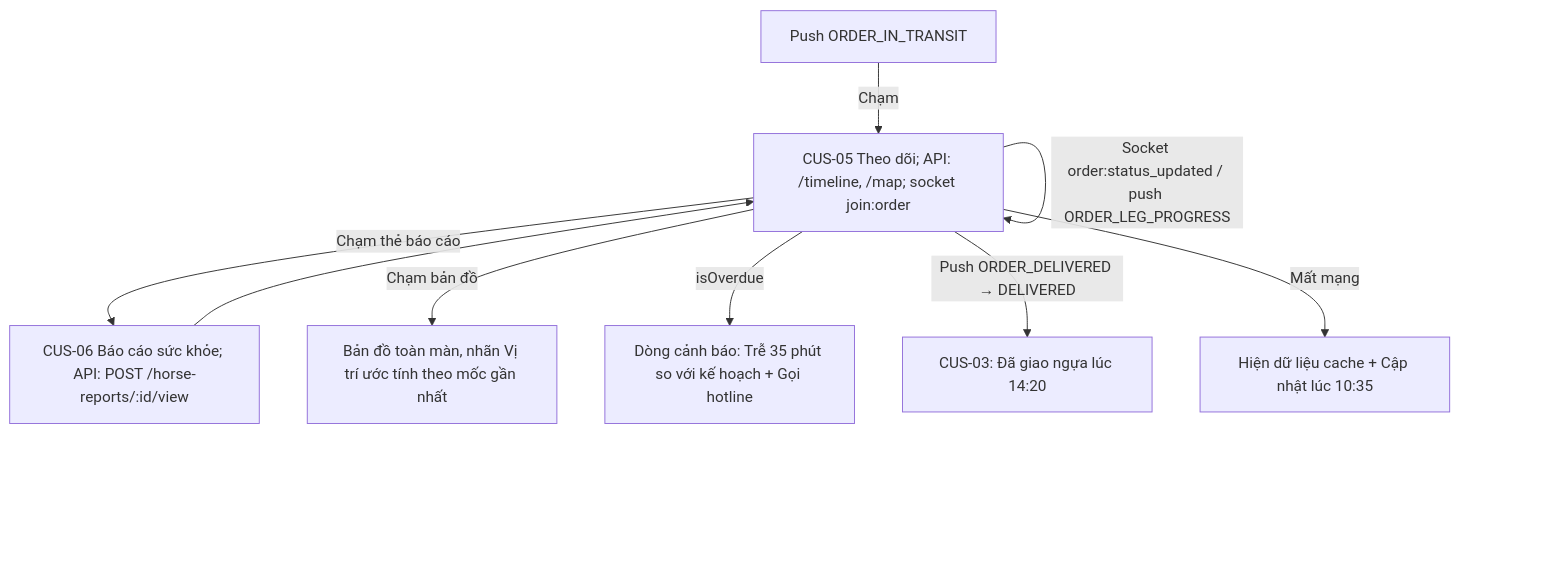
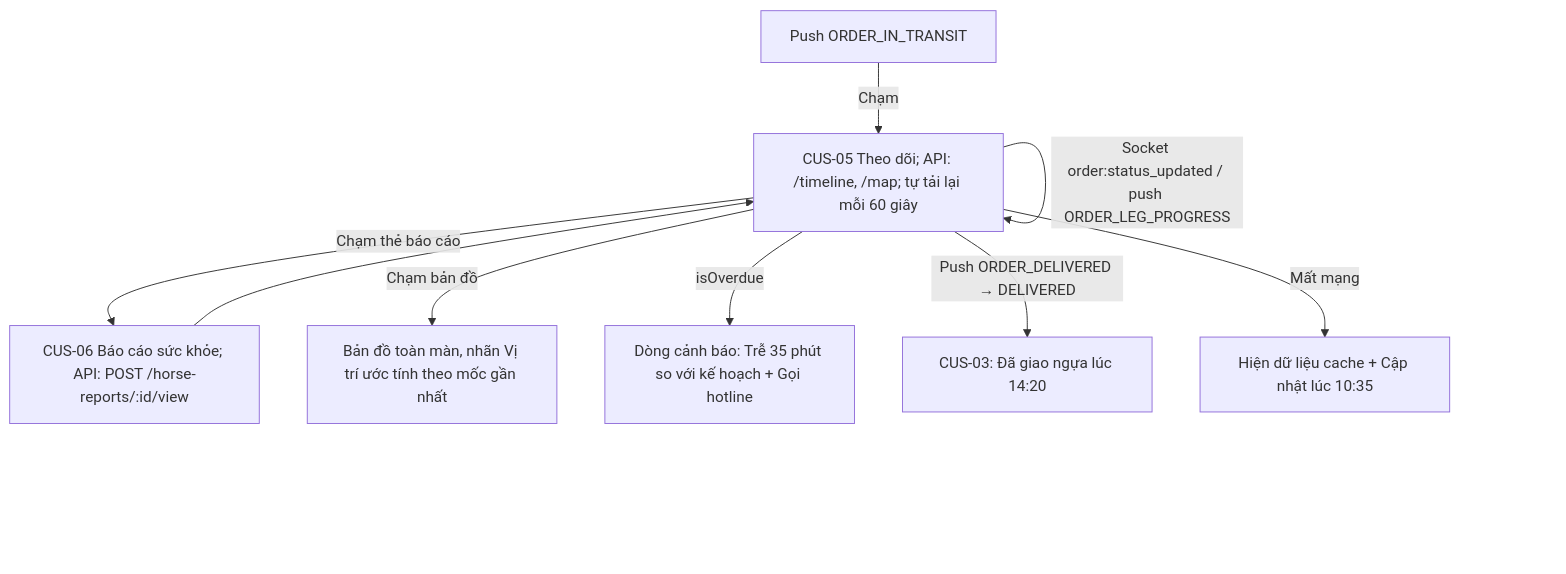
Before and after one commit to ninhquocbao123/HorseRoute: the sixth of 13 diagrams in docs/mobile-design/03-user-flows.md, drawn with Mermaid. The commit also changed 24 other files, not shown here.

````diff
--- a/docs/mobile-design/03-user-flows.md
+++ b/docs/mobile-design/03-user-flows.md
@@ -118,11 +118,11 @@
 ```mermaid
 flowchart TD
-  P["Push ORDER_IN_TRANSIT"] -->|"Chạm"| A["CUS-05 Theo dõi; API: /timeline, /map; socket join:order"]
+  P["Push ORDER_IN_TRANSIT"] -->|"Chạm"| A["CUS-05 Theo dõi; API: /timeline, /map; tự tải lại mỗi 60 giây"]
   A -->|"Socket order:status_updated / push ORDER_LEG_PROGRESS"| A
   A -->|"Chạm thẻ báo cáo"| B["CUS-06 Báo cáo sức khỏe; API: POST /horse-reports/:id/view"]
   B --> A
   A -->|"Chạm bản đồ"| M["Bản đồ toàn màn, nhãn Vị trí ước tính theo mốc gần nhất"]
   A -->|"isOverdue"| O["Dòng cảnh báo: Trễ 35 phút so với kế hoạch + Gọi hotline"]
   A -->|"Push ORDER_DELIVERED → DELIVERED"| D["CUS-03: Đã giao ngựa lúc 14:20"]
   A -->|"Mất mạng"| X["Hiện dữ liệu cache + Cập nhật lúc 10:35"]
 ```
````
